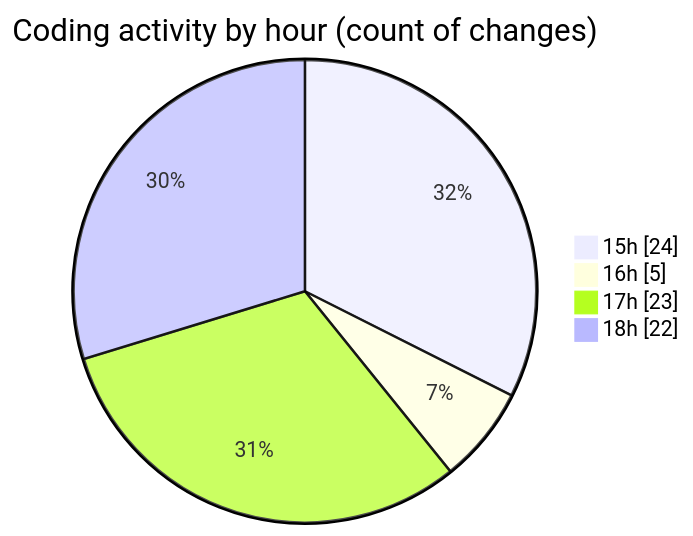
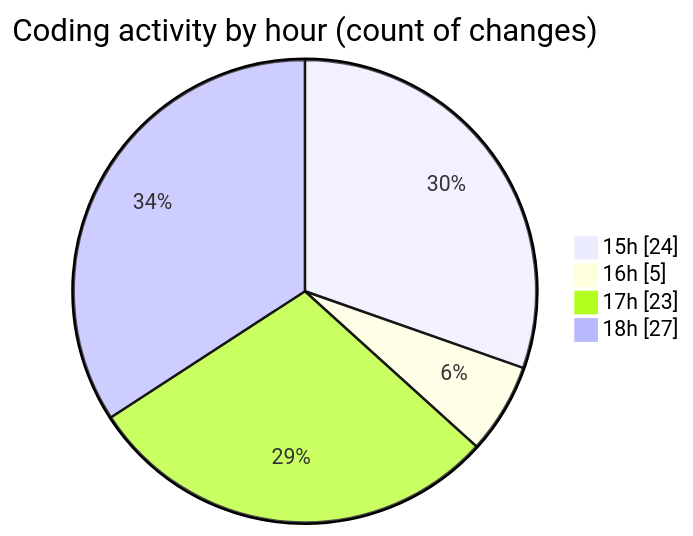
One commit to EIIisD/code-tracking changed the second of 2 diagrams in 2025-08-02/tw-server/README.md. Above: the diagram before and after it, drawn with Mermaid. The commit also changed other lines of this file and 1 other file, not shown here.

````diff
--- a/2025-08-02/tw-server/README.md
+++ b/2025-08-02/tw-server/README.md
@@ -36,8 +36,8 @@
 ```mermaid
 pie showData
 title Coding activity by hour (count of changes)
 "15h" : 24
 "16h" : 5
 "17h" : 23
-"18h" : 22
+"18h" : 27
 ```
````
